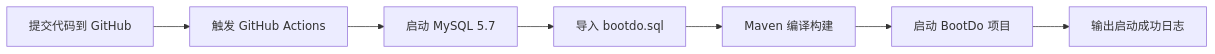
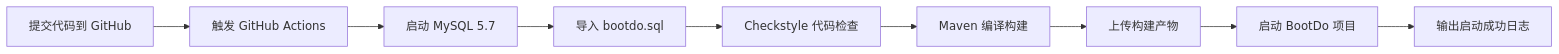
Before and after one commit to zxc2005517-stack/bootdo-blog-system: the eighth of 9 diagrams in README.md, drawn with Mermaid. The commit also changed other lines of this file, not shown here.

````diff
--- a/README.md
+++ b/README.md
@@ -367,9 +365,11 @@
 ```mermaid
 graph LR
     A[提交代码到 GitHub] --> B[触发 GitHub Actions]
     B --> C[启动 MySQL 5.7]
     C --> D[导入 bootdo.sql]
-    D --> E[Maven 编译构建]
-    E --> F[启动 BootDo 项目]
-    F --> G[输出启动成功日志]
+    D --> E[Checkstyle 代码检查]
+    E --> F[Maven 编译构建]
+    F --> G[上传构建产物]
+    G --> H[启动 BootDo 项目]
+    H --> I[输出启动成功日志]
 ```
````
